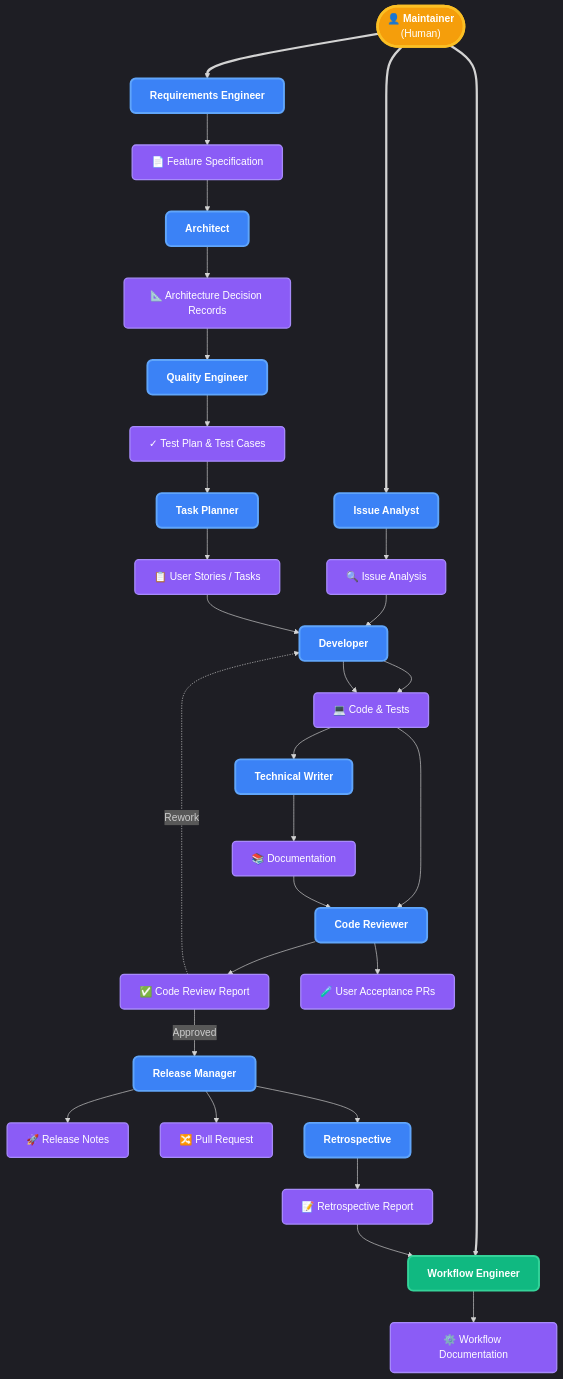
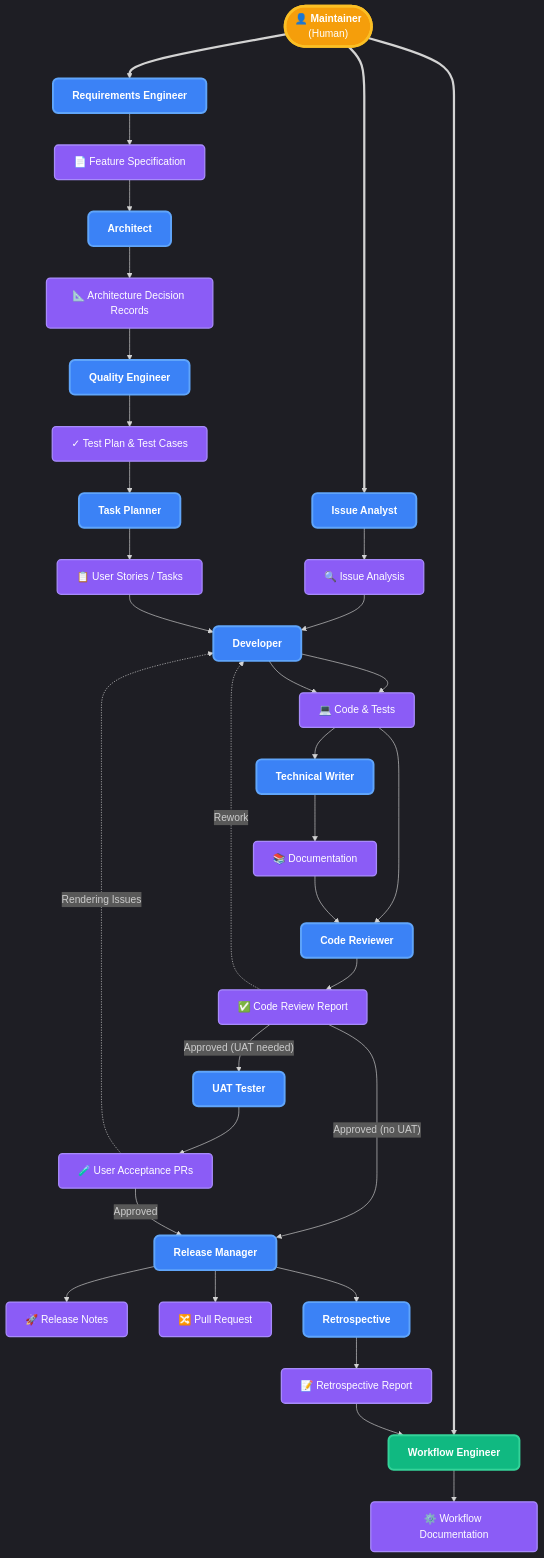
The diagram in docs/agents.md (oocx/tfplan2md), drawn with Mermaid before and after one commit. The commit also changed other lines of this file and 2 other files, not shown here.

First line of the commit message:
feat: add UAT Tester agent and refactor Code Reviewer

````diff
--- a/docs/agents.md
+++ b/docs/agents.md
@@ -77,9 +77,14 @@
 
 	%% Row 14: Review Report
 	CRR["✅ Code Review Report"]
+
+	%% Row 15: UAT Tester
+	UAT_AGENT["<b>UAT Tester</b>"]
+
+	%% Row 16: UAT Artifacts
 	UAT["🧪 User Acceptance PRs"]
 
-	%% Row 15: Release Manager
+	%% Row 17: Release Manager
 	RM["<b>Release Manager</b>"]
 
 	%% Row 16: Release Artifacts
@@ -111,9 +116,13 @@
 	TW --> DOCS --> CR
 
 	CR --> CRR
-	CR --> UAT
 	CRR -. "Rework" .-> DEV
-	CRR -- "Approved" --> RM
+	CRR -- "Approved (UAT needed)" --> UAT_AGENT
+	CRR -- "Approved (no UAT)" --> RM
+
+	UAT_AGENT --> UAT
+	UAT -. "Rendering Issues" .-> DEV
+	UAT -- "Approved" --> RM
 
 	RM --> REL
 	RM --> PR
@@ -123,7 +132,7 @@
 
 	%% Styling
 	class HUMAN human;
-	class IA_AGENT,RE,AR,TP_AGENT,QE,DEV,TW,CR,RM,RETRO_AGENT agent;
+	class IA_AGENT,RE,AR,TP_AGENT,QE,DEV,TW,CR,UAT_AGENT,RM,RETRO_AGENT agent;
 	class WE metaagent;
 	class IA,FS,US,ADR,TP,CODE,DOCS,CRR,REL,PR,WD,UAT,RETRO artifact;
 ```
````
